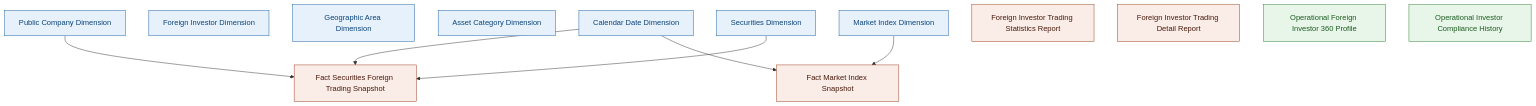
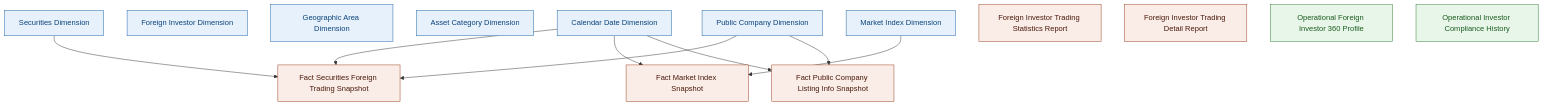
Before and after one commit to linhlvit/ubck_atomic_design: diagram 30 of 30 in Datamart/hld/DTM_NDTNN_HLD.md, drawn with Mermaid. The commit also changed other lines of this file and 12 other files, not shown here.

````diff
--- a/Datamart/hld/DTM_NDTNN_HLD.md
+++ b/Datamart/hld/DTM_NDTNN_HLD.md
@@ -1924,29 +2000,33 @@
 ```mermaid
 graph TB
     classDef dim fill:#E6F1FB,stroke:#185FA5,color:#0C447C
     classDef fact fill:#FAECE7,stroke:#993C1D,color:#4A1B0C
     classDef oper fill:#E8F5E9,stroke:#2E7D32,color:#1B5E20
 
     DIM_DATE["Calendar Date Dimension"]:::dim
     DIM_INVESTOR["Foreign Investor Dimension"]:::dim
     DIM_GEO["Geographic Area Dimension"]:::dim
     DIM_ASSET["Asset Category Dimension"]:::dim
     DIM_PUBCO["Public Company Dimension"]:::dim
     DIM_SECURITIES["Securities Dimension"]:::dim
     DIM_MKTIDX["Market Index Dimension"]:::dim
 
     FACT_TRADE["Fact Securities Foreign Trading Snapshot"]:::fact
     FACT_MKTIDX["Fact Market Index Snapshot"]:::fact
     FACT_TRADESTAT["Foreign Investor Trading Statistics Report"]:::fact
     FACT_TRADEDETAIL["Foreign Investor Trading Detail Report"]:::fact
+    FACT_LISTINGINFO["Fact Public Company Listing Info Snapshot"]:::fact
 
     OPR_PROFILE["Operational Foreign Investor 360 Profile"]:::oper
     OPR_COMPLY["Operational Investor Compliance History"]:::oper
 
     DIM_DATE --> FACT_TRADE
     DIM_PUBCO --> FACT_TRADE
     DIM_SECURITIES --> FACT_TRADE
 
     DIM_DATE --> FACT_MKTIDX
     DIM_MKTIDX --> FACT_MKTIDX
+
+    DIM_DATE --> FACT_LISTINGINFO
+    DIM_PUBCO --> FACT_LISTINGINFO
 ```
````
